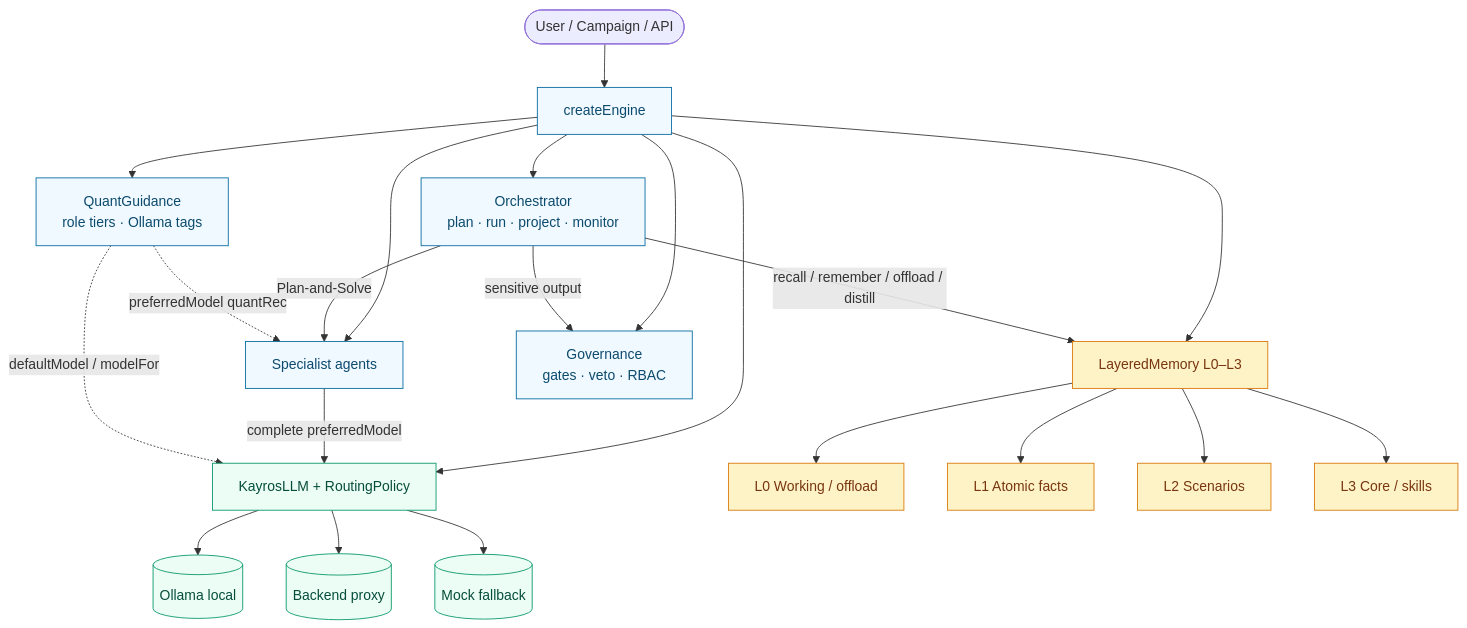
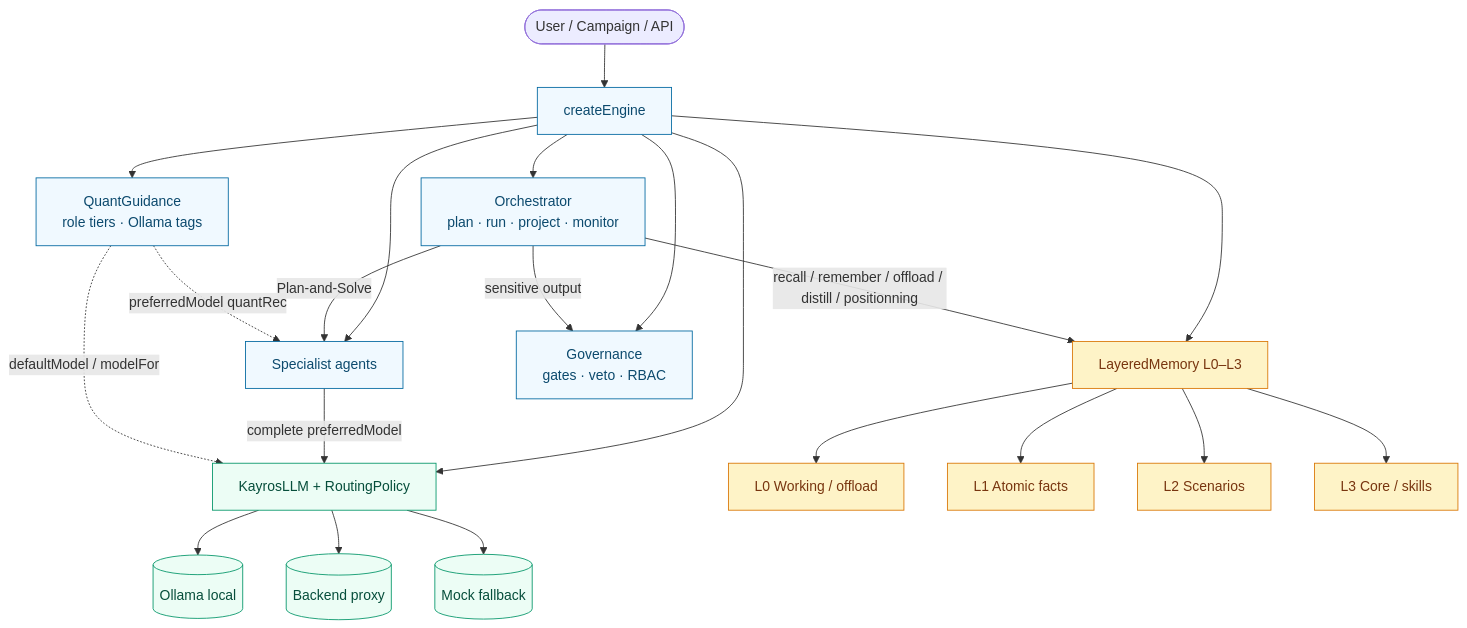
One commit to Geoking2104/KayrosLab changed the third of 6 diagrams in README.md. Above: the diagram before and after it, drawn with Mermaid. The commit also changed other lines of this file, not shown here.

````diff
--- a/README.md
+++ b/README.md
@@ -57,37 +105,37 @@
 ```mermaid
 flowchart TB
   USER([User / Campaign / API]) --> ENG[createEngine]
 
   ENG --> ORCH[Orchestrator
   plan · run · project · monitor]
   ENG --> AGENTS[Specialist agents]
   ENG --> MEM[LayeredMemory L0–L3]
   ENG --> LLM[KayrosLLM + RoutingPolicy]
   ENG --> GOV[Governance
   gates · veto · RBAC]
   ENG --> QG[QuantGuidance
   role tiers · Ollama tags]
 
   ORCH -->|Plan-and-Solve| AGENTS
-  ORCH -->|recall / remember / offload / distill| MEM
+  ORCH -->|recall / remember / offload / distill / positionning| MEM
   AGENTS -->|complete preferredModel| LLM
   ORCH -->|sensitive output| GOV
   QG -.->|preferredModel quantRec| AGENTS
   QG -.->|defaultModel / modelFor| LLM
 
   LLM --> P1[(Ollama local)]
   LLM --> P2[(Backend proxy)]
   LLM --> P3[(Mock fallback)]
 
   MEM --> L0[L0 Working / offload]
   MEM --> L1[L1 Atomic facts]
   MEM --> L2[L2 Scenarios]
   MEM --> L3[L3 Core / skills]
 
   classDef core fill:#f0f9ff,stroke:#0369a1,color:#0c4a6e
   classDef mem fill:#fef3c7,stroke:#d97706,color:#78350f
   classDef llm fill:#ecfdf5,stroke:#059669,color:#064e3b
   class ENG,ORCH,AGENTS,GOV,QG core
   class MEM,L0,L1,L2,L3 mem
   class LLM,P1,P2,P3 llm
 ```
````
